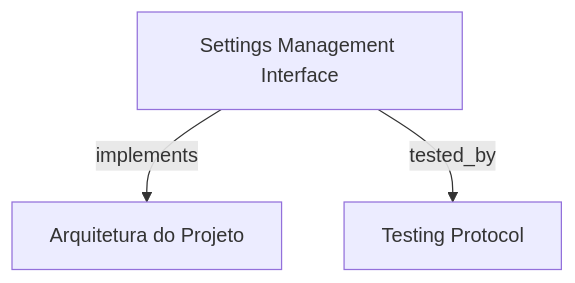
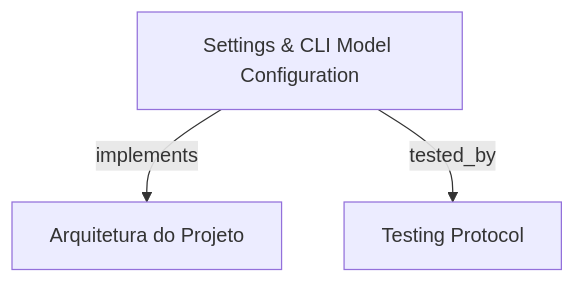
Before and after one commit to lfernandoss/harness-kit: the diagram in docs/feature/settings-management.md, drawn with Mermaid. The commit also changed other lines of this file and 39 other files, not shown here.

First line of the commit message:
feat(settings): add cli model configuration and two-tier fallback

````diff
--- a/docs/feature/settings-management.md
+++ b/docs/feature/settings-management.md
@@ -124,7 +139,7 @@
 ```mermaid
 graph TD
-    THIS["Settings Management Interface"] -->|implements| ARCH["Arquitetura do Projeto"]
+    THIS["Settings & CLI Model Configuration"] -->|implements| ARCH["Arquitetura do Projeto"]
     THIS -->|tested_by| TESTS["Testing Protocol"]
     click ARCH "../adr/ARCHITECTURE.md"
     click TESTS "../adr/TESTS.md"
 ```
````
